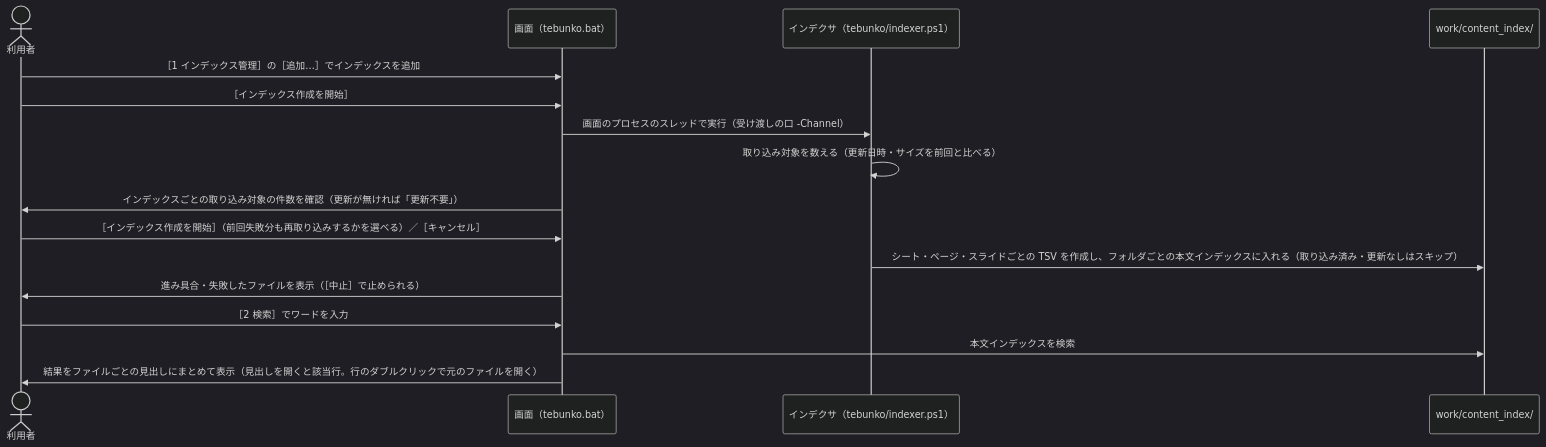
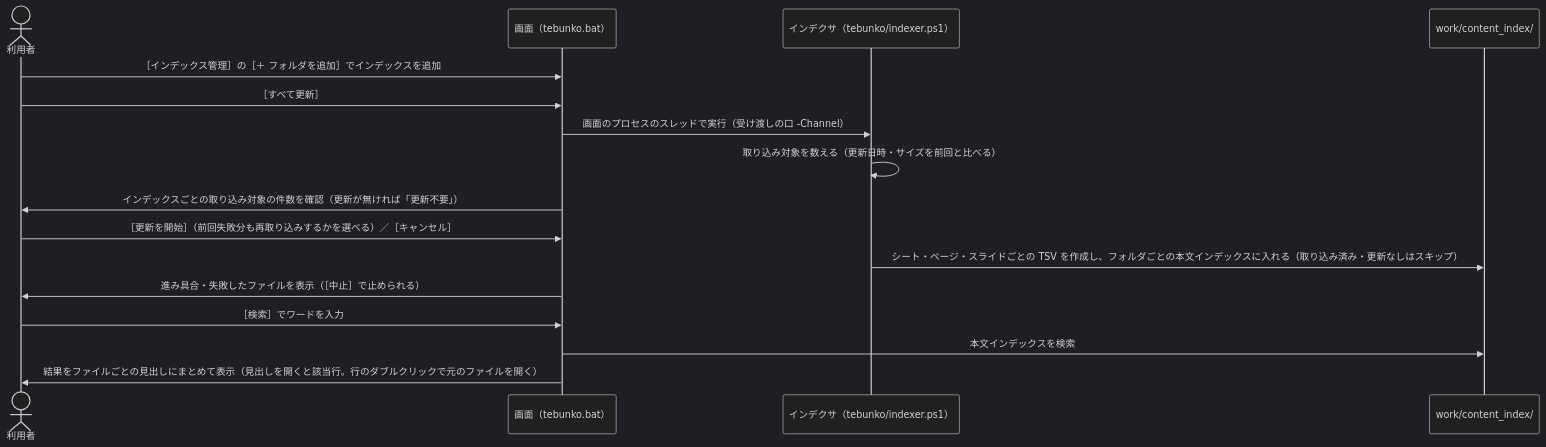
The second of 2 diagrams in docs/design/start/onboarding.md (hsgwa/tebunko), drawn with Mermaid (dark theme) before and after one commit. The commit also changed 312 other files, not shown here.

````diff
--- a/docs/design/start/onboarding.md
+++ b/docs/design/start/onboarding.md
@@ -32,19 +32,19 @@
 ```mermaid
 sequenceDiagram
     actor U as 利用者
     participant G as 画面（tebunko.bat）
     participant CV as インデクサ（tebunko/indexer.ps1）
     participant W as work/content_index/
 
-    U->>G: ［1 インデックス管理］の［追加…］でインデックスを追加
-    U->>G: ［インデックス作成を開始］
+    U->>G: ［インデックス管理］の［＋ フォルダを追加］でインデックスを追加
+    U->>G: ［すべて更新］
     G->>CV: 画面のプロセスのスレッドで実行（受け渡しの口 -Channel）
     CV->>CV: 取り込み対象を数える（更新日時・サイズを前回と比べる）
     G->>U: インデックスごとの取り込み対象の件数を確認（更新が無ければ「更新不要」）
-    U->>G: ［インデックス作成を開始］（前回失敗分も再取り込みするかを選べる）／［キャンセル］
+    U->>G: ［更新を開始］（前回失敗分も再取り込みするかを選べる）／［キャンセル］
     CV->>W: シート・ページ・スライドごとの TSV を作成し、フォルダごとの本文インデックスに入れる（取り込み済み・更新なしはスキップ）
     G->>U: 進み具合・失敗したファイルを表示（［中止］で止められる）
-    U->>G: ［2 検索］でワードを入力
+    U->>G: ［検索］でワードを入力
     G->>W: 本文インデックスを検索
     G->>U: 結果をファイルごとの見出しにまとめて表示（見出しを開くと該当行。行のダブルクリックで元のファイルを開く）
 ```
````
